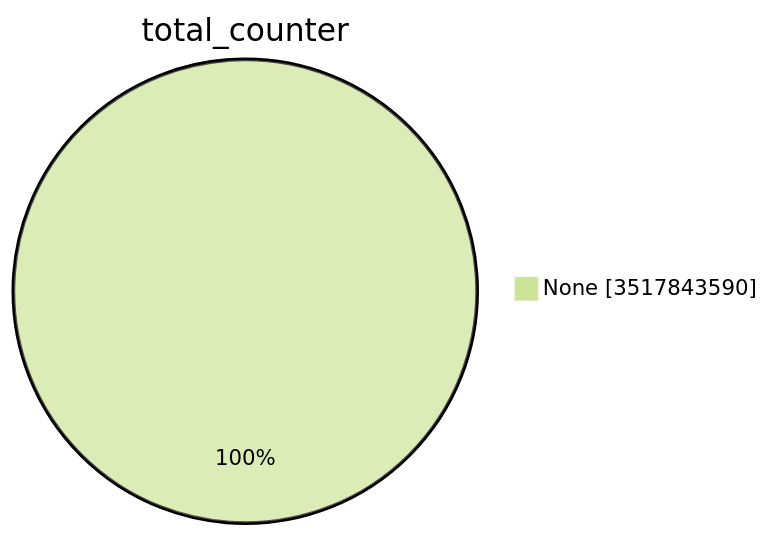
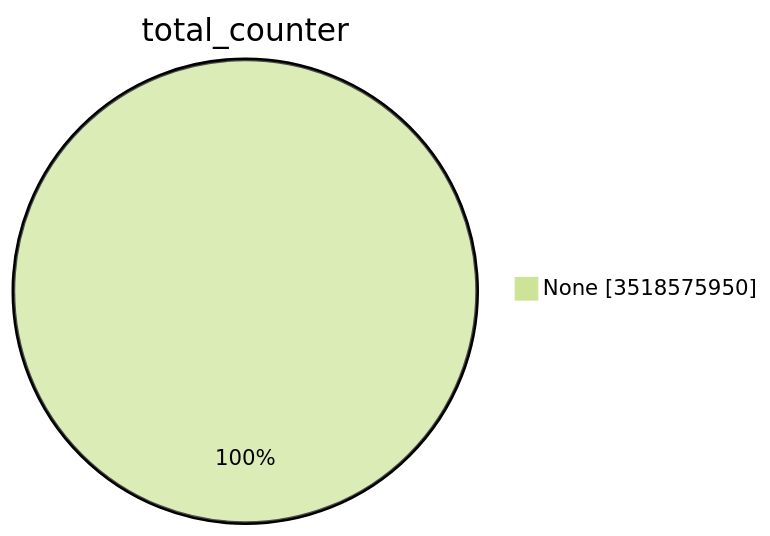
One commit to christiankrug/ctmonitor_visualization changed the first of 15 diagrams in TOTAL/README.md. Above: the diagram before and after it, drawn with Mermaid (forest theme). The commit also changed other lines of this file, not shown here.

````diff
--- a/TOTAL/README.md
+++ b/TOTAL/README.md
@@ -1,5 +1,5 @@
 ```mermaid
 pie showData
 title total_counter
-"None" :3517843590
+"None" :3518575950
 ```
````
